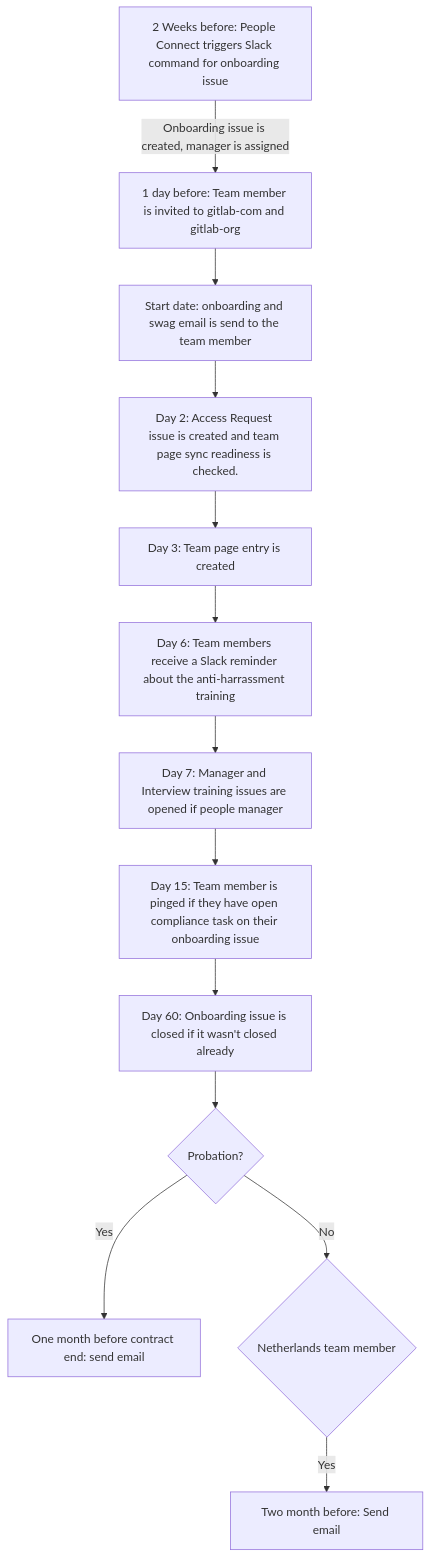
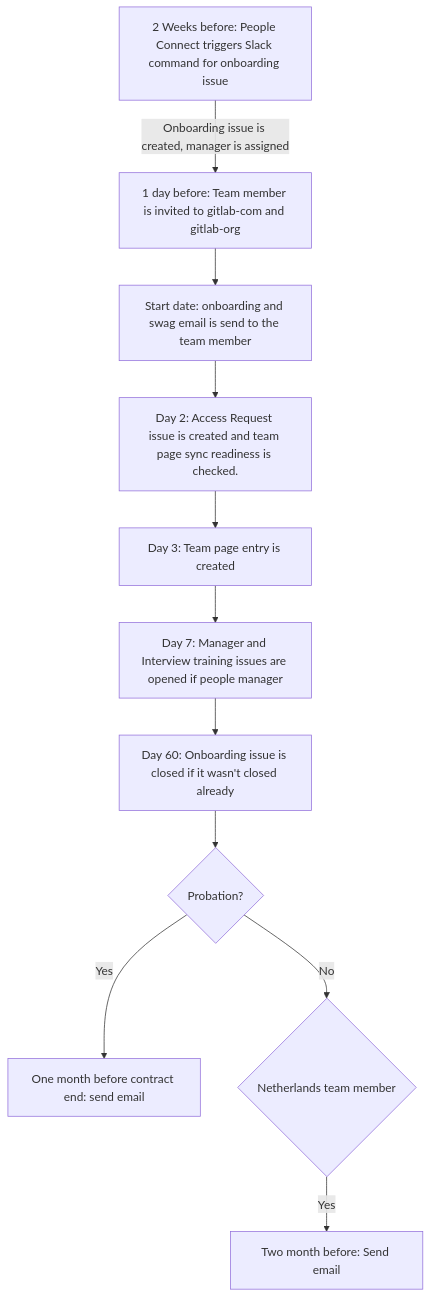
One commit to zalyoung/gitlab-handbook changed the first of 2 diagrams in content/handbook/people-group/engineering/onboarding.md. Above: the diagram before and after it, drawn with Mermaid. The commit also changed other lines of this file, not shown here.

Commit message:
Remove deprecated onboarding automations

````diff
--- a/content/handbook/people-group/engineering/onboarding.md
+++ b/content/handbook/people-group/engineering/onboarding.md
@@ -16,15 +16,13 @@
 ```mermaid
 graph TD
   A[2 Weeks before: People Connect triggers Slack command for onboarding issue] -->|Onboarding issue is created, manager is assigned| K
   K[1 day before: Team member is invited to gitlab-com and gitlab-org] --> I
   I[Start date: onboarding and swag email is send to the team member] --> C
   C[Day 2: Access Request issue is created and team page sync readiness is checked.] --> CA
-  CA[Day 3: Team page entry is created] --> E
-  E[Day 6: Team members receive a Slack reminder about the anti-harrassment training] --> J
-  J[Day 7: Manager and Interview training issues are opened if people manager] --> L
-  L[Day 15: Team member is pinged if they have open compliance task on their onboarding issue] --> F
+  CA[Day 3: Team page entry is created] --> J
+  J[Day 7: Manager and Interview training issues are opened if people manager] --> F
   F[Day 60: Onboarding issue is closed if it wasn't closed already] --> N{Probation?}
   N -->|Yes| D[One month before contract end: send email]
   N --> |No| B{Netherlands team member}
   B --> |Yes| G[Two month before: Send email]
 ```
````
